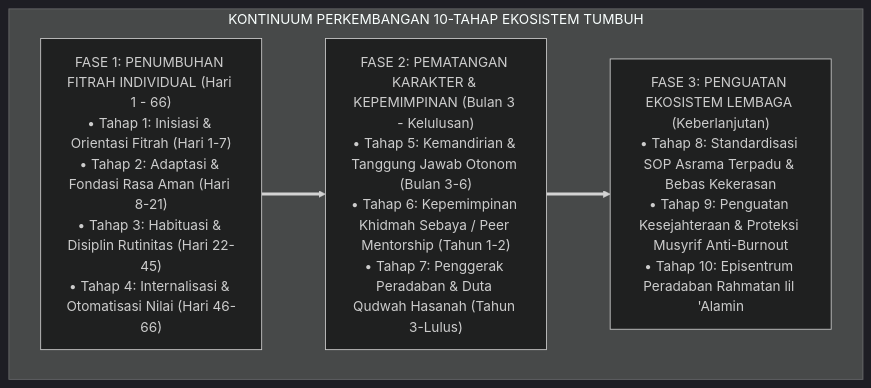
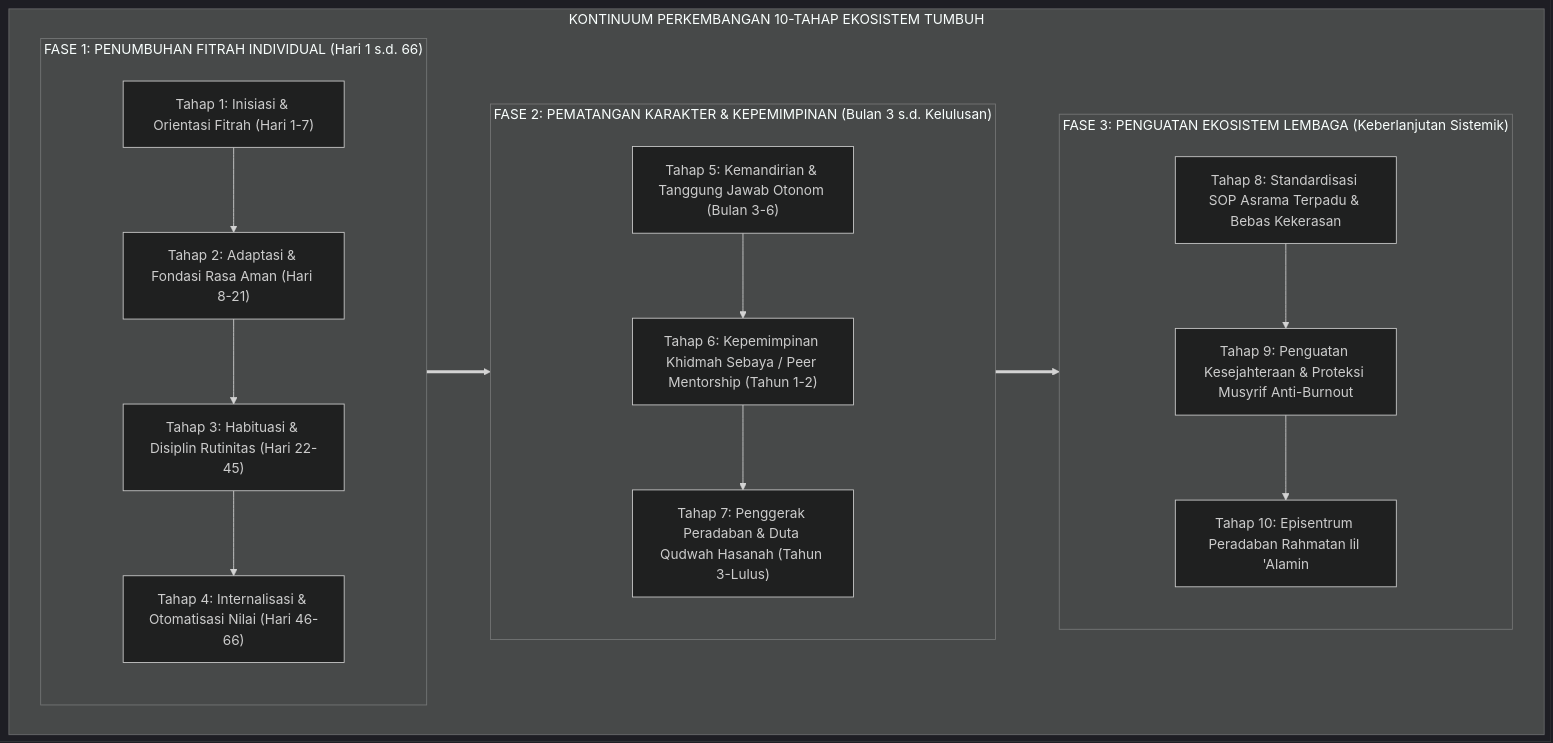
Before and after one commit to wandiapriliyandi/tumbuh: the diagram in BOOK-SERIES/Volume-01/Bab-06-Triad-Pertumbuhan-Simbiotik-dan-Kontinuum-10-Tahap/04-Kontinuum-10-Tahap-Ekosistem-TUMBUH.md, drawn with Mermaid (dark theme). The commit also changed other lines of this file and 24 other files, not shown here.

Commit message:
feat(book-01): perkaya dan perdalam seluruh isi subbab bab 02 s.d. 07 dengan elaborasi komprehensif, analisis mendalam, dan diagram alur lengkap

````diff
--- a/BOOK-SERIES/Volume-01/Bab-06-Triad-Pertumbuhan-Simbiotik-dan-Kontinuum-10-Tahap/04-Kontinuum-10-Tahap-Ekosistem-TUMBUH.md
+++ b/BOOK-SERIES/Volume-01/Bab-06-Triad-Pertumbuhan-Simbiotik-dan-Kontinuum-10-Tahap/04-Kontinuum-10-Tahap-Ekosistem-TUMBUH.md
@@ -18,12 +21,28 @@
 ```mermaid
 graph TD
     subgraph KontinuumTUMBUH["KONTINUUM PERKEMBANGAN 10-TAHAP EKOSISTEM TUMBUH"]
-        T1_4["FASE 1: PENUMBUHAN FITRAH INDIVIDUAL (Hari 1 - 66)<br/>• Tahap 1: Inisiasi & Orientasi Fitrah (Hari 1-7)<br/>• Tahap 2: Adaptasi & Fondasi Rasa Aman (Hari 8-21)<br/>• Tahap 3: Habituasi & Disiplin Rutinitas (Hari 22-45)<br/>• Tahap 4: Internalisasi & Otomatisasi Nilai (Hari 46-66)"]
-        
-        T5_7["FASE 2: PEMATANGAN KARAKTER & KEPEMIMPINAN (Bulan 3 - Kelulusan)<br/>• Tahap 5: Kemandirian & Tanggung Jawab Otonom (Bulan 3-6)<br/>• Tahap 6: Kepemimpinan Khidmah Sebaya / Peer Mentorship (Tahun 1-2)<br/>• Tahap 7: Penggerak Peradaban & Duta Qudwah Hasanah (Tahun 3-Lulus)"]
-        
-        T8_10["FASE 3: PENGUATAN EKOSISTEM LEMBAGA (Keberlanjutan)<br/>• Tahap 8: Standardisasi SOP Asrama Terpadu & Bebas Kekerasan<br/>• Tahap 9: Penguatan Kesejahteraan & Proteksi Musyrif Anti-Burnout<br/>• Tahap 10: Episentrum Peradaban Rahmatan lil 'Alamin"]
-        
-        T1_4 ==> T5_7 ==> T8_10
+        subgraph Fase1["FASE 1: PENUMBUHAN FITRAH INDIVIDUAL (Hari 1 s.d. 66)"]
+            T1["Tahap 1: Inisiasi & Orientasi Fitrah (Hari 1-7)"]
+            T2["Tahap 2: Adaptasi & Fondasi Rasa Aman (Hari 8-21)"]
+            T3["Tahap 3: Habituasi & Disiplin Rutinitas (Hari 22-45)"]
+            T4["Tahap 4: Internalisasi & Otomatisasi Nilai (Hari 46-66)"]
+            T1 --> T2 --> T3 --> T4
+        end
+
+        subgraph Fase2["FASE 2: PEMATANGAN KARAKTER & KEPEMIMPINAN (Bulan 3 s.d. Kelulusan)"]
+            T5["Tahap 5: Kemandirian & Tanggung Jawab Otonom (Bulan 3-6)"]
+            T6["Tahap 6: Kepemimpinan Khidmah Sebaya / Peer Mentorship (Tahun 1-2)"]
+            T7["Tahap 7: Penggerak Peradaban & Duta Qudwah Hasanah (Tahun 3-Lulus)"]
+            T5 --> T6 --> T7
+        end
+
+        subgraph Fase3["FASE 3: PENGUATAN EKOSISTEM LEMBAGA (Keberlanjutan Sistemik)"]
+            T8["Tahap 8: Standardisasi SOP Asrama Terpadu & Bebas Kekerasan"]
+            T9["Tahap 9: Penguatan Kesejahteraan & Proteksi Musyrif Anti-Burnout"]
+            T10["Tahap 10: Episentrum Peradaban Rahmatan lil 'Alamin"]
+            T8 --> T9 --> T10
+        end
+
+        Fase1 ==> Fase2 ==> Fase3
     end
 ```
````
